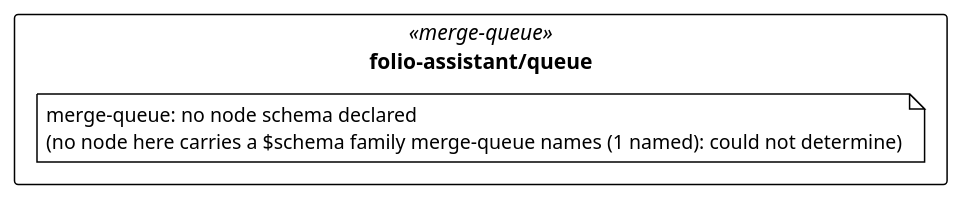
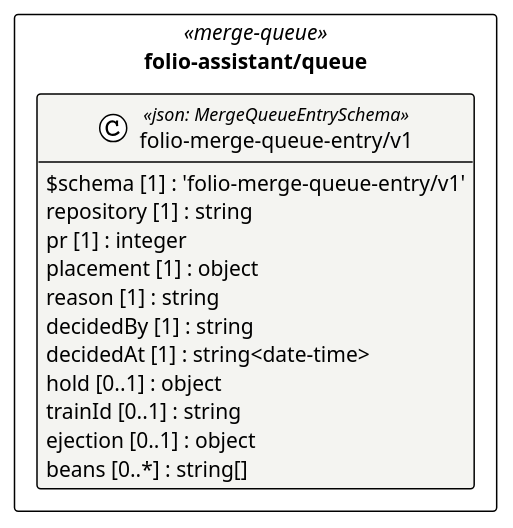
Before and after one commit to litlfred/folio-assistant: the diagram in cat-harness/uml/overview/folio-assistant/queue.puml, drawn with PlantUML. The commit also changed 36 other files, not shown here.

```diff
--- a/cat-harness/uml/overview/folio-assistant/queue.puml
+++ b/cat-harness/uml/overview/folio-assistant/queue.puml
@@ -3,13 +3,25 @@
 @startuml folio_assistant_queue
 !pragma layout elk
 !theme plain
 skinparam classAttributeIconSize 0
 skinparam shadowing false
 skinparam packageStyle rectangle
 hide empty methods
 
 package "folio-assistant/queue" as pkg_folio_assistant_queue <<merge-queue>> {
-  note "merge-queue: no node schema declared\n(no node here carries a $schema family merge-queue names (1 named): could not determine)" as n_folio_assistant_queue_merge_queue
+  class "folio-merge-queue-entry/v1" as folio_assistant_queue_folio_merge_queue_entry_v1_folio_merge_queue_entry_v1 <<json: MergeQueueEntrySchema>> #f4f4f1 {
+    $schema [1] : 'folio-merge-queue-entry/v1'
+    repository [1] : string
+    pr [1] : integer
+    placement [1] : object
+    reason [1] : string
+    decidedBy [1] : string
+    decidedAt [1] : string<date-time>
+    hold [0..1] : object
+    trainId [0..1] : string
+    ejection [0..1] : object
+    beans [0..*] : string[]
+  }
 }
 
 @enduml
```
